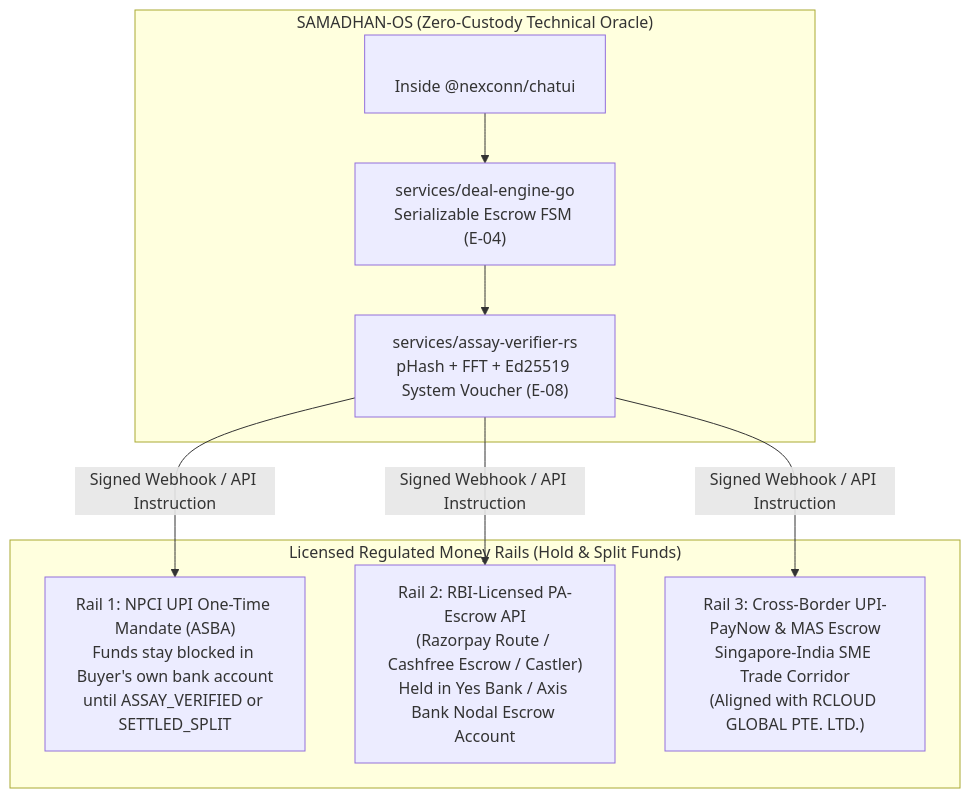
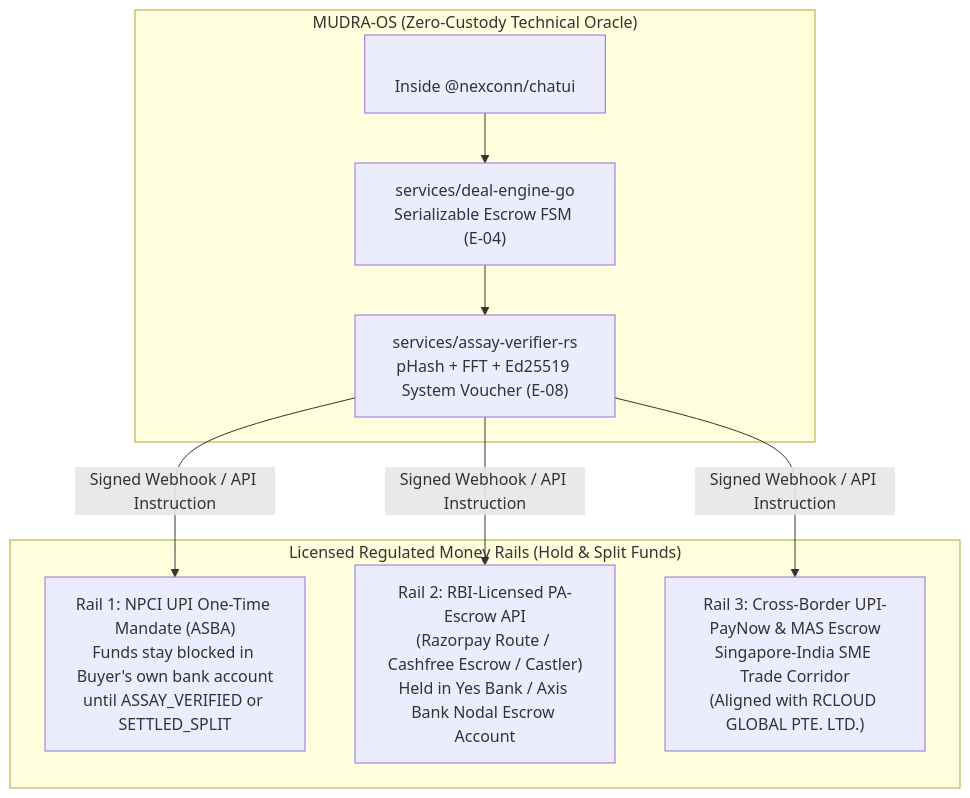
The diagram in docs/06-security-compliance/REGULATORY_SANDBOX.md (mridulbansal4/Mudra), drawn with Mermaid before and after one commit. The commit also changed other lines of this file and 288 other files, not shown here.

````diff
--- a/docs/06-security-compliance/REGULATORY_SANDBOX.md
+++ b/docs/06-security-compliance/REGULATORY_SANDBOX.md
@@ -19,17 +19,17 @@
 ```mermaid
 flowchart TB
-    subgraph Samadhan["SAMADHAN-OS (Zero-Custody Technical Oracle)"]
+    subgraph Mudra["MUDRA-OS (Zero-Custody Technical Oracle)"]
         CARD["<nc-escrow-deal-card>\nInside @nexconn/chatui"]
         GO["services/deal-engine-go\nSerializable Escrow FSM (E-04)"]
         RUST["services/assay-verifier-rs\npHash + FFT + Ed25519 System Voucher (E-08)"]
         CARD --> GO --> RUST
     end
 
     subgraph Rails["Licensed Regulated Money Rails (Hold & Split Funds)"]
         R1["Rail 1: NPCI UPI One-Time Mandate (ASBA)\nFunds stay blocked in Buyer's own bank account\nuntil ASSAY_VERIFIED or SETTLED_SPLIT"]
         R2["Rail 2: RBI-Licensed PA-Escrow API\n(Razorpay Route / Cashfree Escrow / Castler)\nHeld in Yes Bank / Axis Bank Nodal Escrow Account"]
         R3["Rail 3: Cross-Border UPI-PayNow & MAS Escrow\nSingapore-India SME Trade Corridor\n(Aligned with RCLOUD GLOBAL PTE. LTD.)"]
     end
 
     RUST -->|"Signed Webhook / API Instruction"| R1 & R2 & R3
 ```
````
